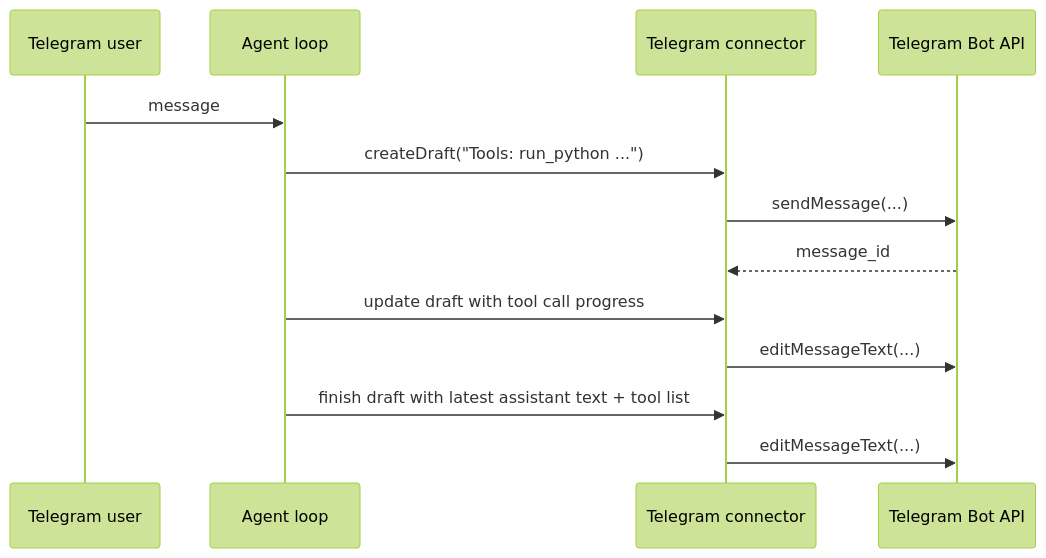
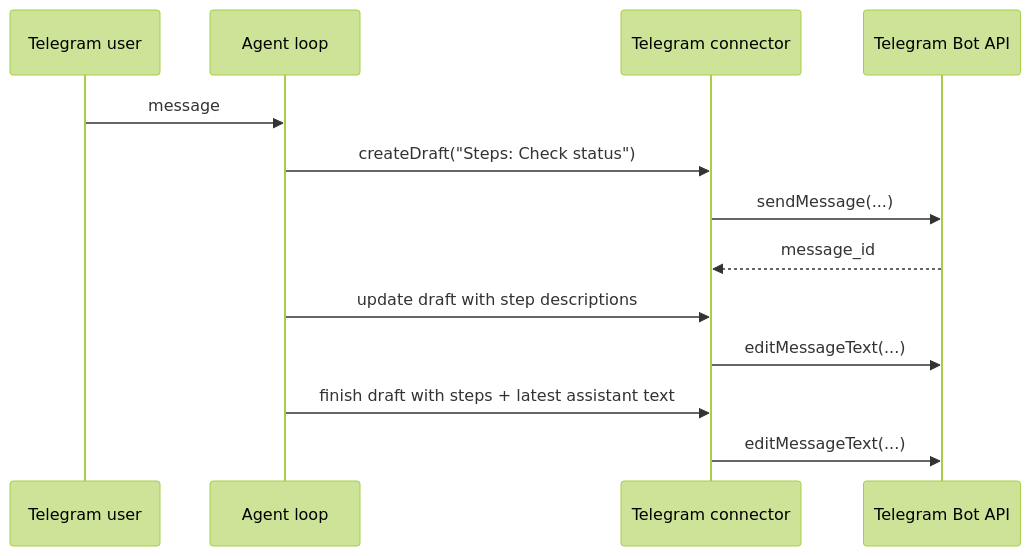
Before and after one commit to ex3ndr/daycare: the diagram in doc/20260307-telegram-draft-messages.md, drawn with Mermaid (forest theme). The commit also changed other lines of this file and 4 other files, not shown here.

Commit message:
fix(telegram): show draft step descriptions

````diff
--- a/doc/20260307-telegram-draft-messages.md
+++ b/doc/20260307-telegram-draft-messages.md
@@ -12,16 +13,16 @@
 ```mermaid
 sequenceDiagram
     participant U as Telegram user
     participant A as Agent loop
     participant T as Telegram connector
     participant TG as Telegram Bot API
 
     U->>A: message
-    A->>T: createDraft("Tools: run_python ...")
+    A->>T: createDraft("Steps: Check status")
     T->>TG: sendMessage(...)
     TG-->>T: message_id
-    A->>T: update draft with tool call progress
+    A->>T: update draft with step descriptions
     T->>TG: editMessageText(...)
-    A->>T: finish draft with latest assistant text + tool list
+    A->>T: finish draft with steps + latest assistant text
     T->>TG: editMessageText(...)
 ```
````
